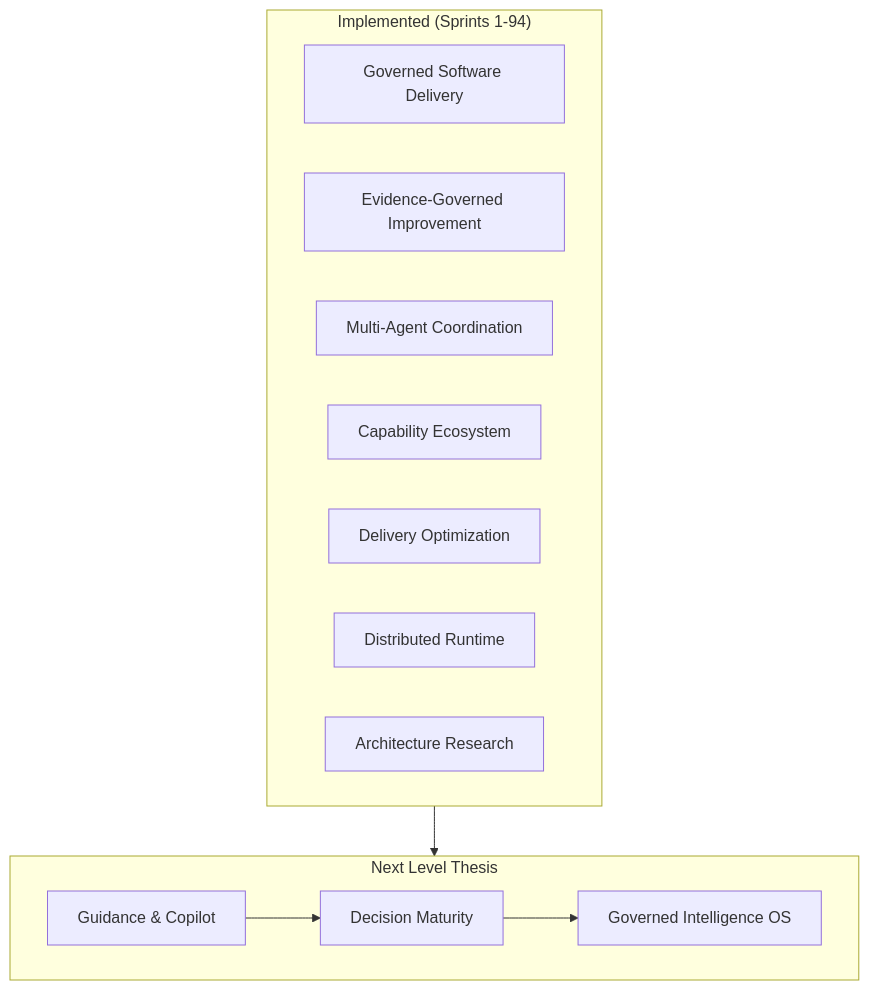
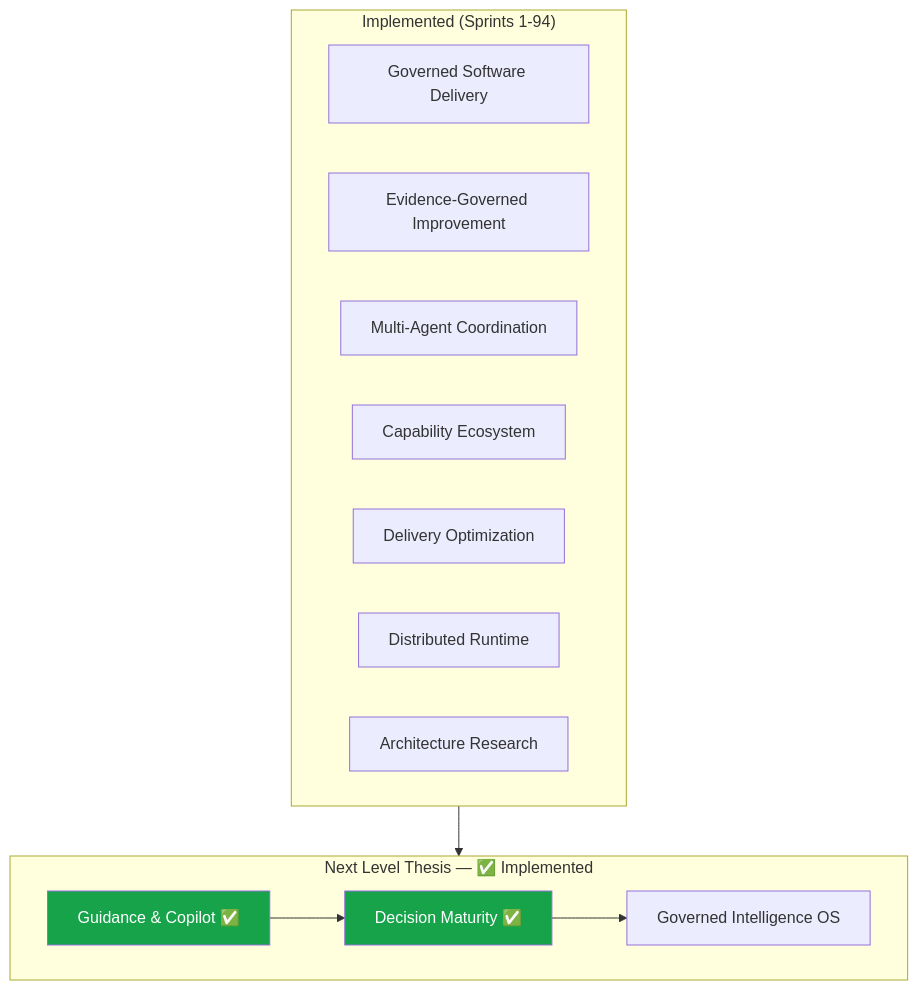
One commit to zansued/axionos changed the diagram in docs/ROADMAP.md. Above: the diagram before and after it, drawn with Mermaid. The commit also changed other lines of this file and 1 other file, not shown here.

````diff
--- a/docs/ROADMAP.md
+++ b/docs/ROADMAP.md
@@ -102,20 +113,22 @@
 ```mermaid
 flowchart TD
     subgraph Complete["Implemented (Sprints 1-94)"]
         A[Governed Software Delivery]
         B[Evidence-Governed Improvement]
         C[Multi-Agent Coordination]
         D[Capability Ecosystem]
         E[Delivery Optimization]
         F[Distributed Runtime]
         G[Architecture Research]
     end
-    subgraph NextLevel["Next Level Thesis"]
-        H[Guidance & Copilot]
-        I[Decision Maturity]
+    subgraph NextLevel["Next Level Thesis — ✅ Implemented"]
+        H["Guidance & Copilot ✅"]
+        I["Decision Maturity ✅"]
         J[Governed Intelligence OS]
     end
     Complete --> NextLevel
     H --> I
     I --> J
+    style H fill:#16a34a,color:#fff
+    style I fill:#16a34a,color:#fff
 ```
````
